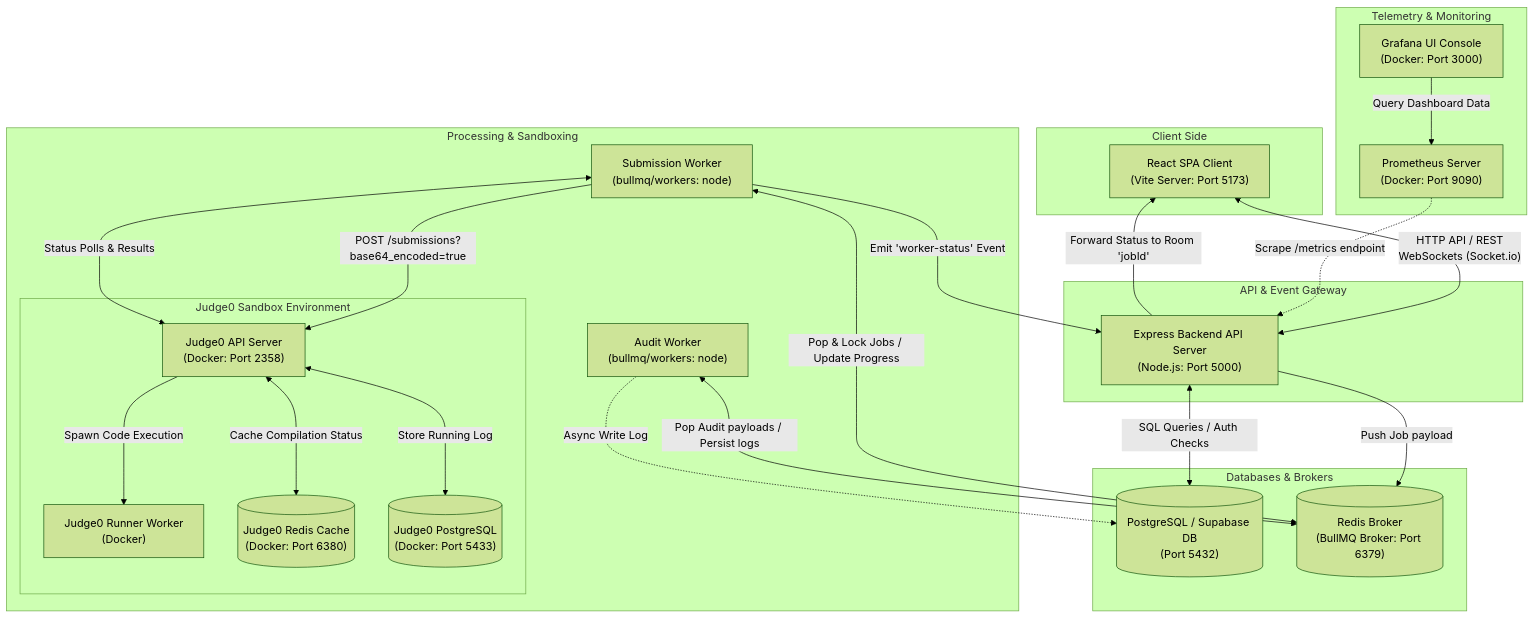
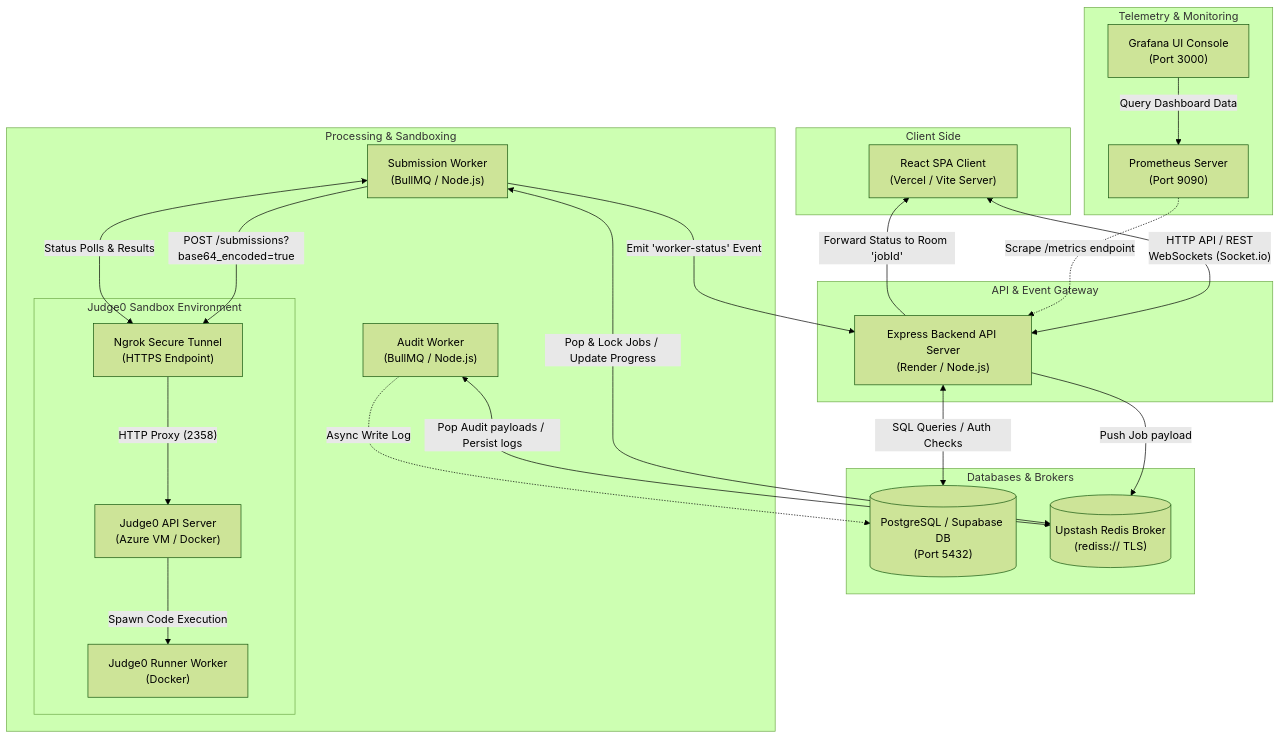
The diagram in README.md (DavePujan/Quiz-Portal), drawn with Mermaid (forest theme) before and after one commit. The commit also changed other lines of this file and 20 other files, not shown here.

Commit message:
feat: complete SPA polish, teacher department scoping, dual practice system, redis optimizations, OS theme detection, and responsive UI

````diff
--- a/README.md
+++ b/README.md
@@ -42,60 +62,58 @@
 ```mermaid
 graph TD
     %% Frontend / Clients
     subgraph Client [Client Side]
-        Browser["React SPA Client<br>(Vite Server: Port 5173)"]
+        Browser["React SPA Client<br>(Vercel / Vite Server)"]
     end
 
     %% API Layer
     subgraph APILayer [API & Event Gateway]
-        ExpressServer["Express Backend API Server<br>(Node.js: Port 5000)"]
+        ExpressServer["Express Backend API Server<br>(Render / Node.js)"]
     end
 
     %% State and Queue Databases
     subgraph Storage [Databases & Brokers]
         Postgres[("PostgreSQL / Supabase DB<br>(Port 5432)")]
-        RedisBroker[("Redis Broker<br>(BullMQ Broker: Port 6379)")]
+        RedisBroker[("Upstash Redis Broker<br>(rediss:// TLS)")]
     end
 
     %% Asynchronous Processing
     subgraph JobProcessing [Processing & Sandboxing]
-        SubWorker["Submission Worker<br>(bullmq/workers: node)"]
-        AuditWorker["Audit Worker<br>(bullmq/workers: node)"]
+        SubWorker["Submission Worker<br>(BullMQ / Node.js)"]
+        AuditWorker["Audit Worker<br>(BullMQ / Node.js)"]
       
         subgraph SandboxStack [Judge0 Sandbox Environment]
-            JudgeServer["Judge0 API Server<br>(Docker: Port 2358)"]
+            JudgeServer["Judge0 API Server<br>(Azure VM / Docker)"]
             JudgeWorker["Judge0 Runner Worker<br>(Docker)"]
-            JudgeRedis[("Judge0 Redis Cache<br>(Docker: Port 6380)")]
-            JudgeDB[("Judge0 PostgreSQL<br>(Docker: Port 5433)")]
+            NgrokTunnel["Ngrok Secure Tunnel<br>(HTTPS Endpoint)"]
         end
     end
 
     %% Telemetry
     subgraph MetricsStack [Telemetry & Monitoring]
-        Prometheus["Prometheus Server<br>(Docker: Port 9090)"]
-        Grafana["Grafana UI Console<br>(Docker: Port 3000)"]
+        Prometheus["Prometheus Server<br>(Port 9090)"]
+        Grafana["Grafana UI Console<br>(Port 3000)"]
     end
 
     %% Connections
     Browser <-->|"HTTP API / REST<br>WebSockets (Socket.io)"| ExpressServer
     ExpressServer <-->|"SQL Queries / Auth Checks"| Postgres
     ExpressServer -->|"Push Job payload"| RedisBroker
   
     SubWorker <-->|"Pop & Lock Jobs / Update Progress"| RedisBroker
     AuditWorker <-->|"Pop Audit payloads / Persist logs"| RedisBroker
     AuditWorker -.->|"Async Write Log"| Postgres
   
-    SubWorker -->|"POST /submissions?base64_encoded=true"| JudgeServer
-    JudgeServer <-->|"Cache Compilation Status"| JudgeRedis
-    JudgeServer <-->|"Store Running Log"| JudgeDB
+    SubWorker -->|"POST /submissions?base64_encoded=true"| NgrokTunnel
+    NgrokTunnel -->|"HTTP Proxy (2358)"| JudgeServer
     JudgeServer -->|"Spawn Code Execution"| JudgeWorker
-    SubWorker <-->|"Status Polls & Results"| JudgeServer
+    SubWorker <-->|"Status Polls & Results"| NgrokTunnel
   
     %% Socket updates
     SubWorker -->|"Emit 'worker-status' Event"| ExpressServer
     ExpressServer -->|"Forward Status to Room 'jobId'"| Browser
 
     %% Monitoring Connections
     Prometheus -.->|"Scrape /metrics endpoint"| ExpressServer
     Grafana -->|"Query Dashboard Data"| Prometheus
 ```
````
